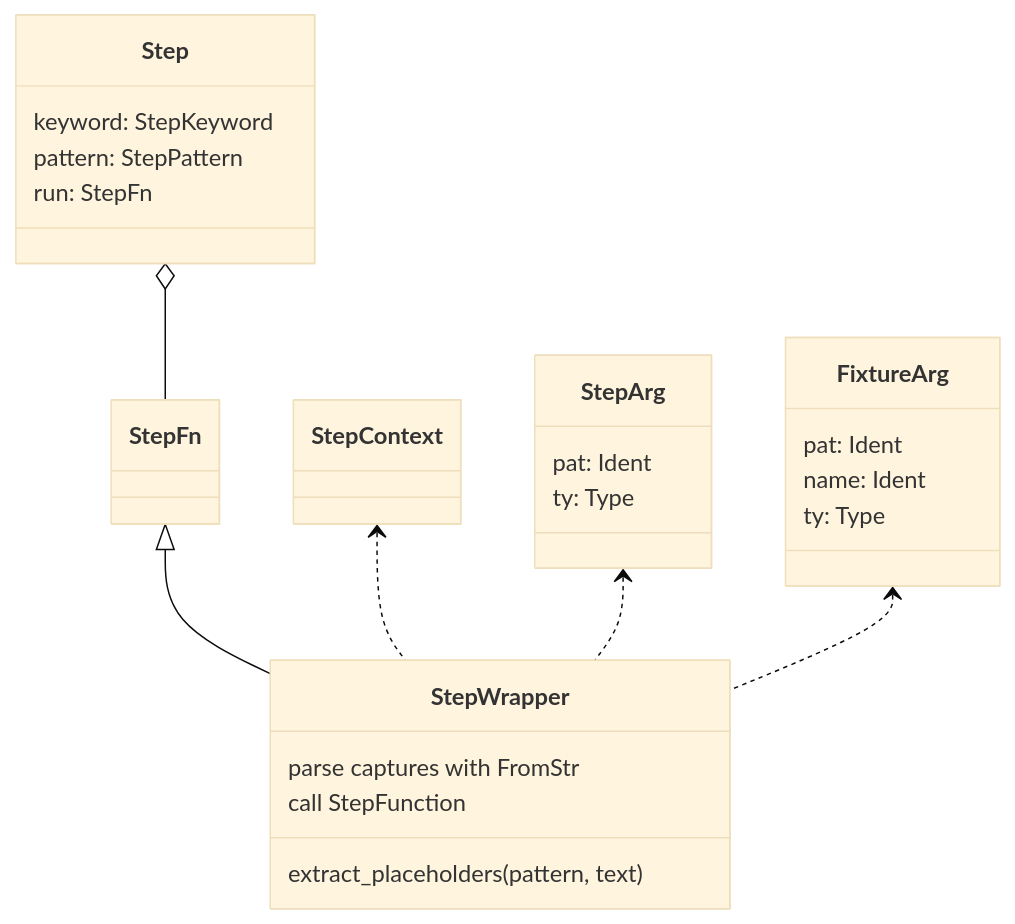
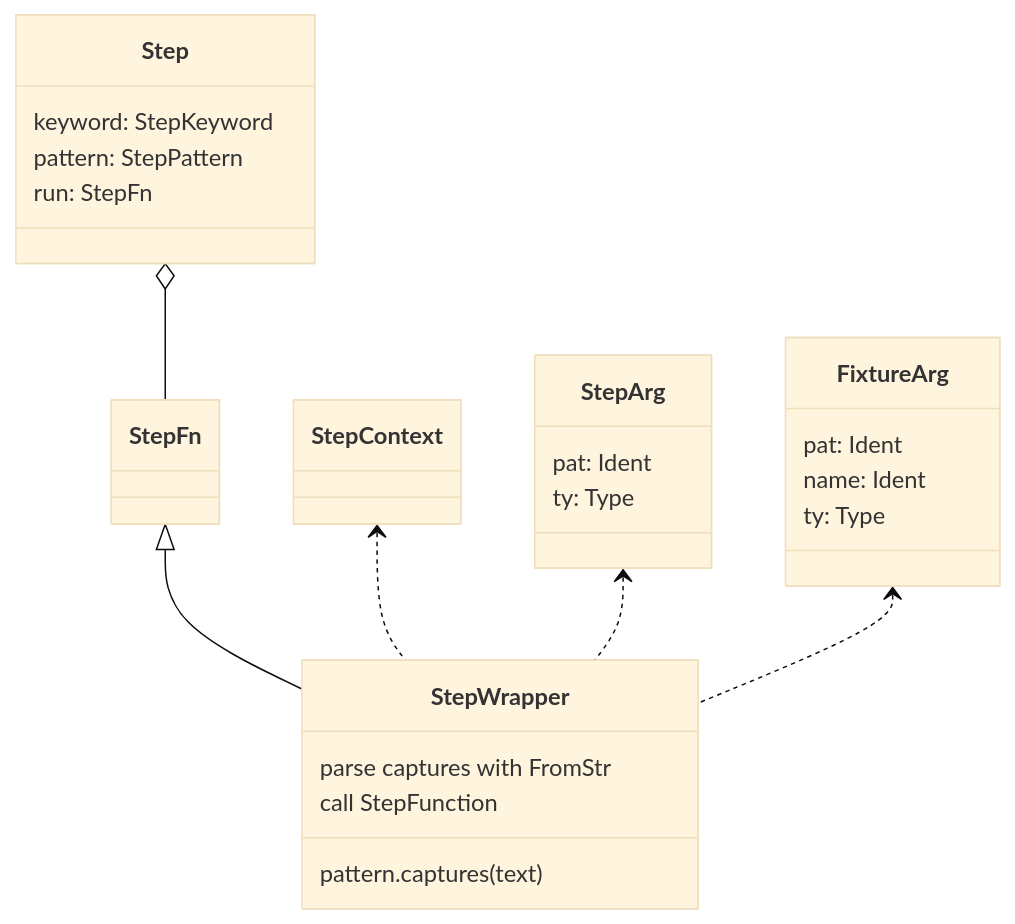
The first of 3 diagrams in docs/rstest-bdd-design.md (leynos/rstest-bdd), drawn with Mermaid (base theme) before and after one commit. The commit also changed other lines of this file and 4 other files, not shown here.

````diff
--- a/docs/rstest-bdd-design.md
+++ b/docs/rstest-bdd-design.md
@@ -447,29 +447,29 @@
 ```mermaid
 classDiagram
     class StepContext {
     }
     class StepArg {
         pat: Ident
         ty: Type
     }
     class FixtureArg {
         pat: Ident
         name: Ident
         ty: Type
     }
     class Step {
         keyword: StepKeyword
         pattern: StepPattern
         run: StepFn
     }
     class StepFn
     class StepWrapper
-    StepWrapper : extract_placeholders(pattern, text)
+    StepWrapper : pattern.captures(text)
     StepWrapper : parse captures with FromStr
     StepWrapper : call StepFunction
     StepFn <|-- StepWrapper
     StepContext <.. StepWrapper
     StepArg <.. StepWrapper
     FixtureArg <.. StepWrapper
     Step o-- StepFn
 ```
````
